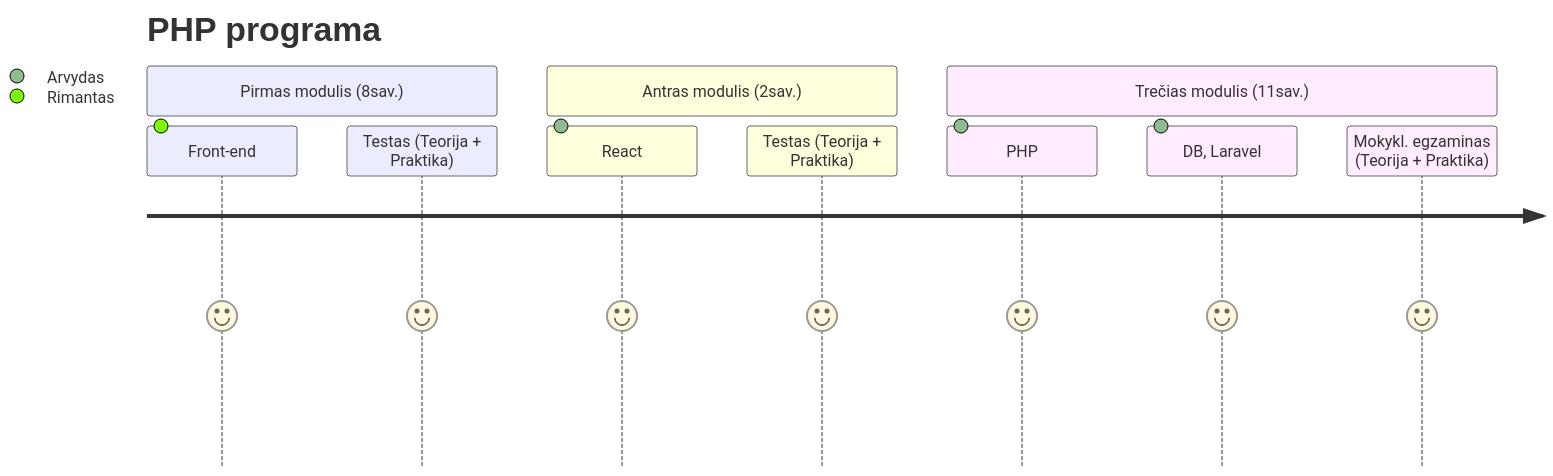
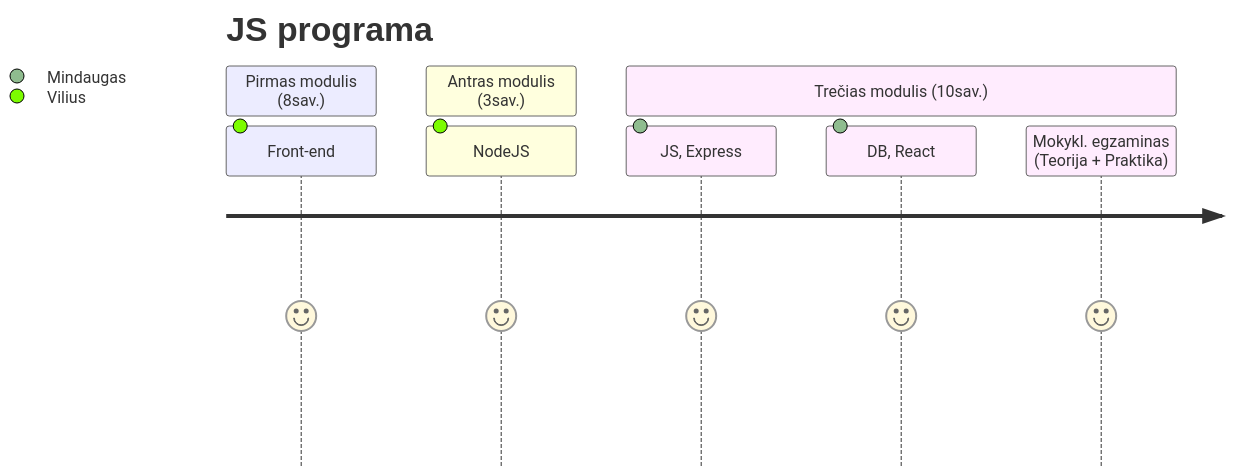
One commit to DeeBee123/BIT-welcom changed the first of 2 diagrams in slides.md. Above: the diagram before and after it, drawn with Mermaid. The commit also changed other lines of this file, not shown here.

````diff
--- a/slides.md
+++ b/slides.md
@@ -109,15 +125,13 @@
 ```mermaid {scale: 0.55}
 journey
-    title PHP programa
+    title JS programa
     section Pirmas modulis (8sav.)
-      Front-end: 5: Rimantas
-      Testas (Teorija + Praktika): 5
-    section Antras modulis (2sav.)
-      React: 5: Arvydas
-      Testas (Teorija + Praktika): 5
-    section Trečias modulis (11sav.)
-      PHP: 5: Arvydas
-      DB, Laravel: 5: Arvydas
+      Front-end: 5: Vilius
+    section Antras modulis (3sav.)
+      NodeJS: 5: Vilius
+    section Trečias modulis (10sav.)
+      JS, Express : 5: Mindaugas
+      DB, React: 5: Mindaugas
       Mokykl. egzaminas (Teorija + Praktika): 5
 
 ```
````
